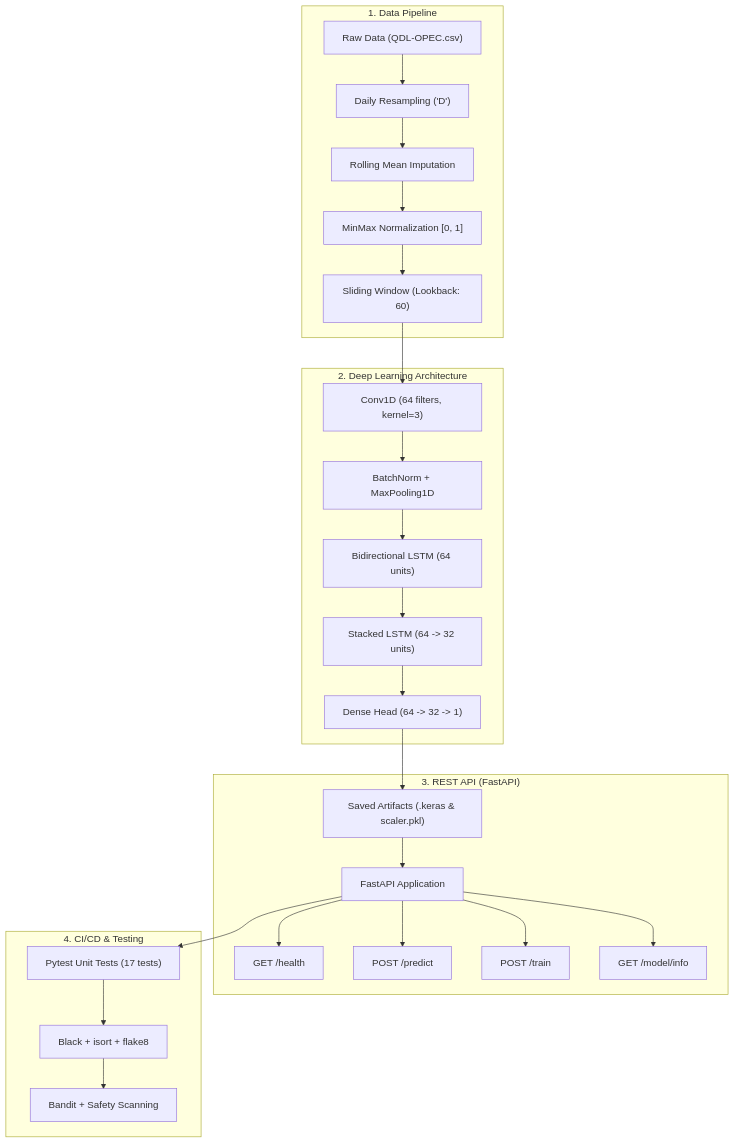
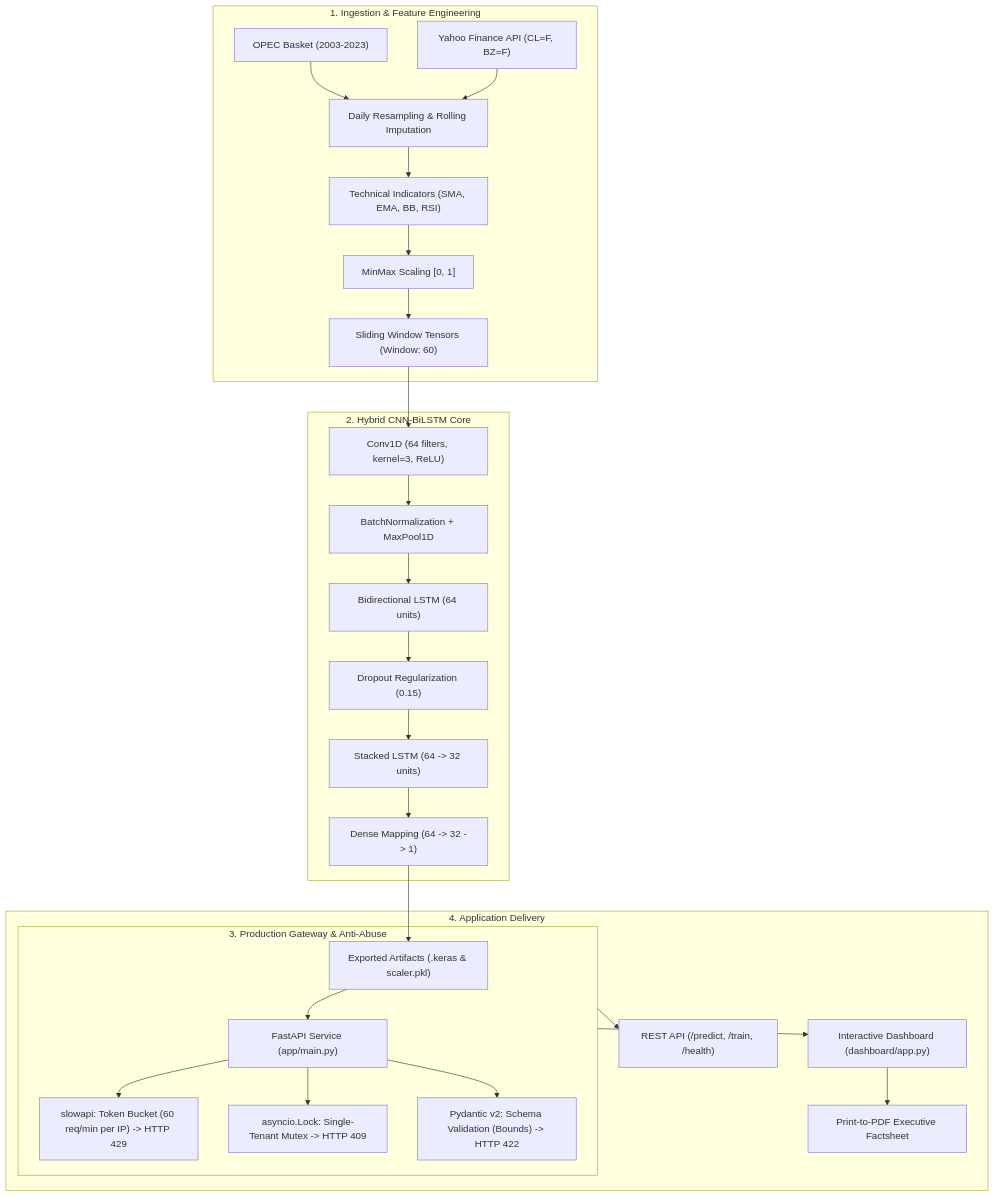
The diagram in README.md (lpsangg/Oil-Price-Forecasting-LSTM-API-Test), drawn with Mermaid before and after one commit. The commit also changed other lines of this file and 13 other files, not shown here.

Commit message:
feat: add interactive financial dashboard, anti-abuse security gateway, and executive documentation

````diff
--- a/README.md
+++ b/README.md
@@ -52,32 +72,33 @@
 ```mermaid
 flowchart TD
-    subgraph Data["1. Data Pipeline"]
-        Raw["Raw Data (QDL-OPEC.csv)"] --> Daily["Daily Resampling ('D')"]
-        Daily --> Impute["Rolling Mean Imputation"]
-        Impute --> Scaler["MinMax Normalization [0, 1]"]
-        Scaler --> Window["Sliding Window (Lookback: 60)"]
+    subgraph DataPipeline["1. Ingestion & Feature Engineering"]
+        RawOPEC["OPEC Basket (2003-2023)"] --> Resample["Daily Resampling & Rolling Imputation"]
+        LiveFeed["Yahoo Finance API (CL=F, BZ=F)"] --> Resample
+        Resample --> Technicals["Technical Indicators (SMA, EMA, BB, RSI)"]
+        Technicals --> Scaler["MinMax Scaling [0, 1]"]
+        Scaler --> WindowTensor["Sliding Window Tensors (Window: 60)"]
     end
 
-    subgraph Model["2. Deep Learning Architecture"]
-        Window --> Conv["Conv1D (64 filters, kernel=3)"]
-        Conv --> BN["BatchNorm + MaxPooling1D"]
-        BN --> BiLSTM["Bidirectional LSTM (64 units)"]
-        BiLSTM --> StackLSTM["Stacked LSTM (64 -> 32 units)"]
-        StackLSTM --> Dense["Dense Head (64 -> 32 -> 1)"]
+    subgraph DeepLearning["2. Hybrid CNN-BiLSTM Core"]
+        WindowTensor --> Conv1D["Conv1D (64 filters, kernel=3, ReLU)"]
+        Conv1D --> BatchNorm["BatchNormalization + MaxPool1D"]
+        BatchNorm --> BiLSTM["Bidirectional LSTM (64 units)"]
+        BiLSTM --> Dropout["Dropout Regularization (0.15)"]
+        Dropout --> StackedLSTM["Stacked LSTM (64 -> 32 units)"]
+        StackedLSTM --> DenseHead["Dense Mapping (64 -> 32 -> 1)"]
     end
 
-    subgraph Serving["3. REST API (FastAPI)"]
-        Dense --> Artifacts["Saved Artifacts (.keras & scaler.pkl)"]
-        Artifacts --> API["FastAPI Application"]
-        API --> Health["GET /health"]
-        API --> Predict["POST /predict"]
-        API --> Train["POST /train"]
-        API --> Info["GET /model/info"]
+    subgraph SecurityGateway["3. Production Gateway & Anti-Abuse"]
+        DenseHead --> SavedModels["Exported Artifacts (.keras & scaler.pkl)"]
+        SavedModels --> FastAPIRouter["FastAPI Service (app/main.py)"]
+        FastAPIRouter --> RateLimiter["slowapi: Token Bucket (60 req/min per IP) -> HTTP 429"]
+        FastAPIRouter --> MutexLock["asyncio.Lock: Single-Tenant Mutex -> HTTP 409"]
+        FastAPIRouter --> PydanticGate["Pydantic v2: Schema Validation (Bounds) -> HTTP 422"]
     end
 
-    subgraph CI["4. CI/CD & Testing"]
-        API --> Pytest["Pytest Unit Tests (17 tests)"]
-        Pytest --> Quality["Black + isort + flake8"]
-        Quality --> Security["Bandit + Safety Scanning"]
+    subgraph Clients["4. Application Delivery"]
+        SecurityGateway --> RESTEndpoints["REST API (/predict, /train, /health)"]
+        SecurityGateway --> StreamlitUI["Interactive Dashboard (dashboard/app.py)"]
+        StreamlitUI --> FactsheetPDF["Print-to-PDF Executive Factsheet"]
     end
 ```
````
